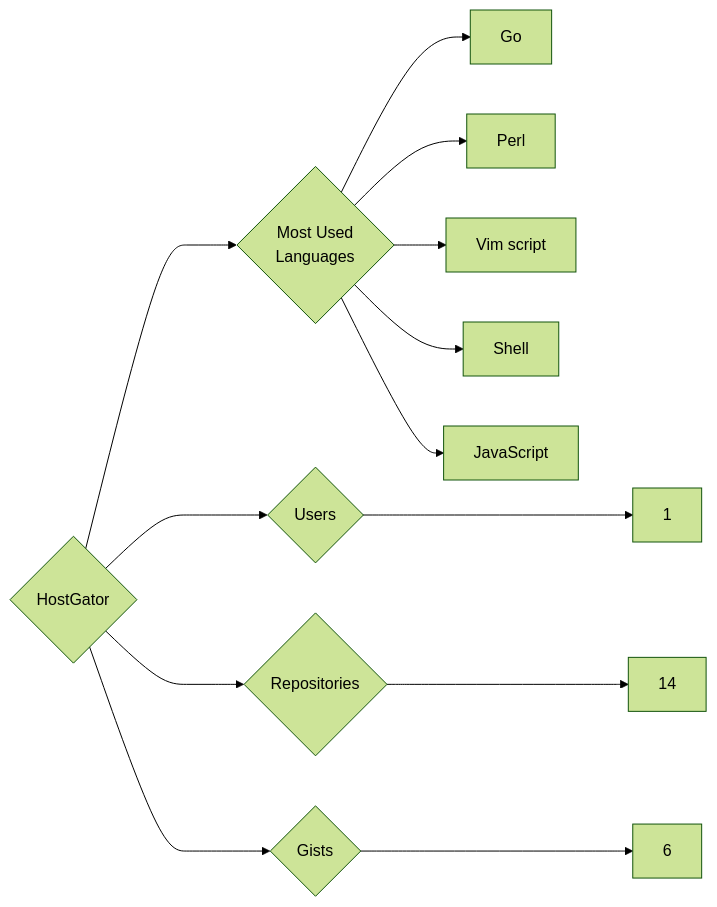
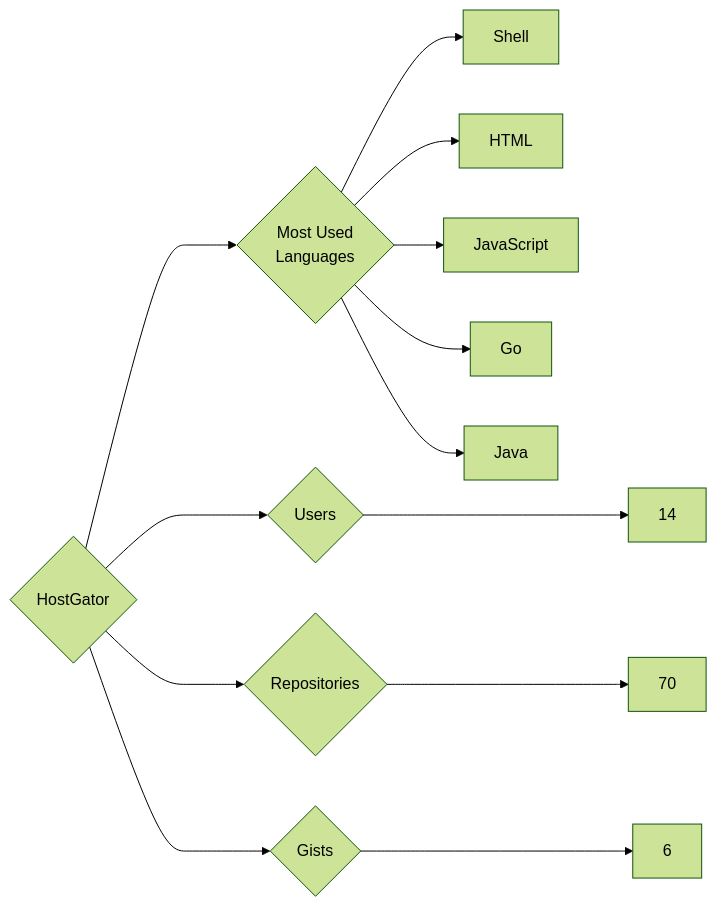
The diagram in targets/HostGator/README.md (trickest/insiders), drawn with Mermaid (forest theme) before and after one commit. The commit also changed 934 other files, not shown here.

````diff
--- a/targets/HostGator/README.md
+++ b/targets/HostGator/README.md
@@ -3,13 +3,13 @@
 ```mermaid
 graph LR
 COMPANY_NAME{HostGator}
-COMPANY_NAME ---> U{Users} ---> UN[1]
-COMPANY_NAME ---> R{Repositories} ---> RN[14]
+COMPANY_NAME ---> U{Users} ---> UN[14]
+COMPANY_NAME ---> R{Repositories} ---> RN[70]
 COMPANY_NAME ---> G{Gists} ---> GN[6]
 COMPANY_NAME ---> ML{Most Used<br>Languages}
+ML --> Shell[Shell]
+ML --> HTML[HTML]
+ML --> JavaScript[JavaScript]
 ML --> Go[Go]
-ML --> Perl[Perl]
-ML --> Vim_script[Vim script]
-ML --> Shell[Shell]
-ML --> JavaScript[JavaScript]
+ML --> Java[Java]
 ```
````
